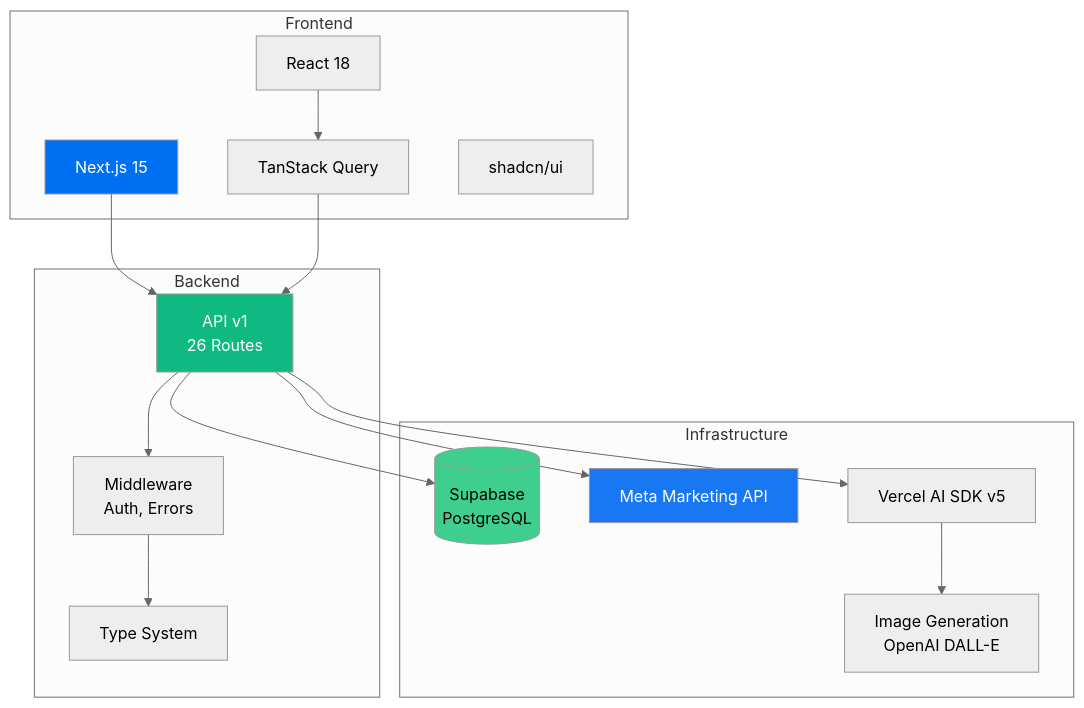
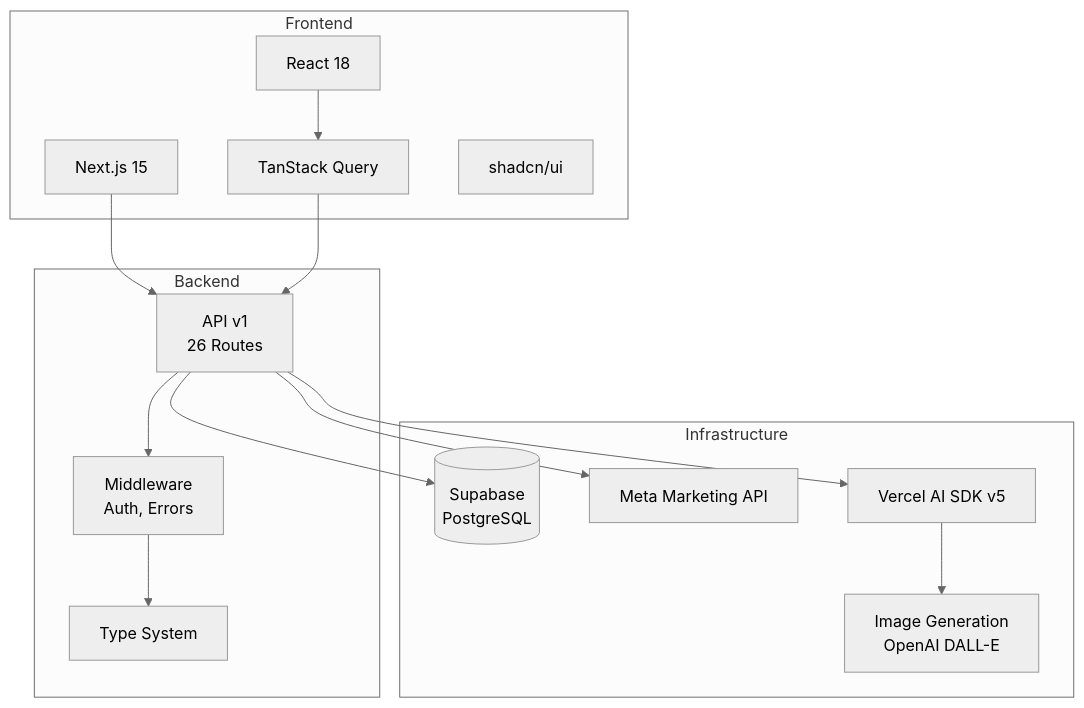
Before and after one commit to jackhunterking/AdPilot: the first of 2 diagrams in .cursor/rules/MASTER_PROJECT_ARCHITECTURE.mdc, drawn with Mermaid (neutral theme). The commit also changed other lines of this file and 140 other files, not shown here.

First line of the commit message:
feat: production-ready microservices architecture

````diff
--- a/.cursor/rules/MASTER_PROJECT_ARCHITECTURE.mdc
+++ b/.cursor/rules/MASTER_PROJECT_ARCHITECTURE.mdc
@@ -45,37 +60,32 @@
 ```mermaid
 graph TB
     subgraph "Frontend"
         Next[Next.js 15]
         React[React 18]
         TQ[TanStack Query]
         UI[shadcn/ui]
     end
     
     subgraph "Backend"
         V1API[API v1<br/>26 Routes]
         MW[Middleware<br/>Auth, Errors]
         Types[Type System]
     end
     
     subgraph "Infrastructure"
         SB[(Supabase<br/>PostgreSQL)]
         Meta[Meta Marketing API]
         AISDK[Vercel AI SDK v5]
         Images[Image Generation<br/>OpenAI DALL-E]
     end
     
     Next --> V1API
     React --> TQ
     TQ --> V1API
     V1API --> MW
     MW --> Types
     V1API --> SB
     V1API --> Meta
     V1API --> AISDK
     AISDK --> Images
-    
-    style Next fill:#0070f3,color:#fff
-    style V1API fill:#10b981,color:#fff
-    style SB fill:#3ecf8e,color:#000
-    style Meta fill:#1877f2,color:#fff
 ```
````
